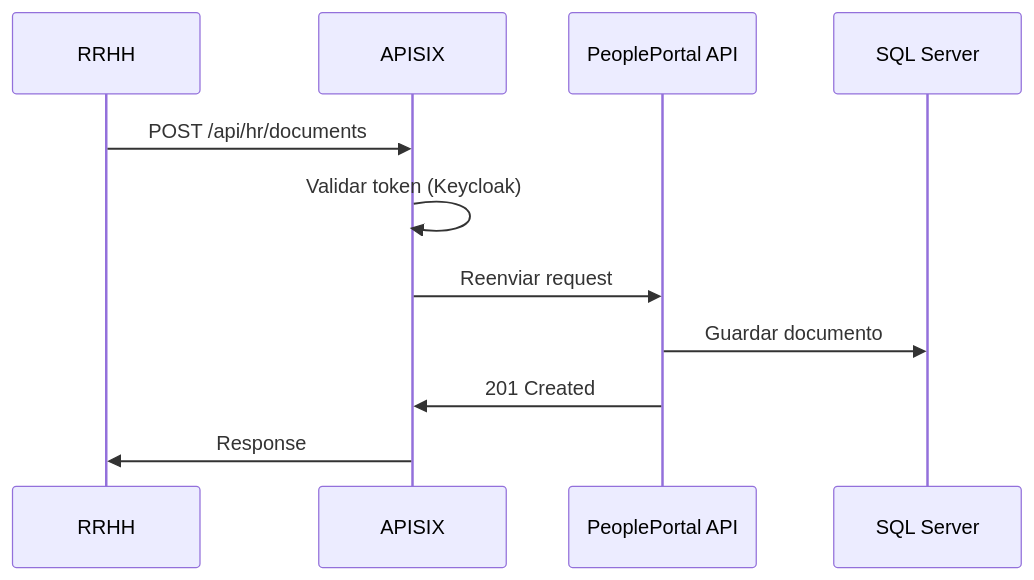
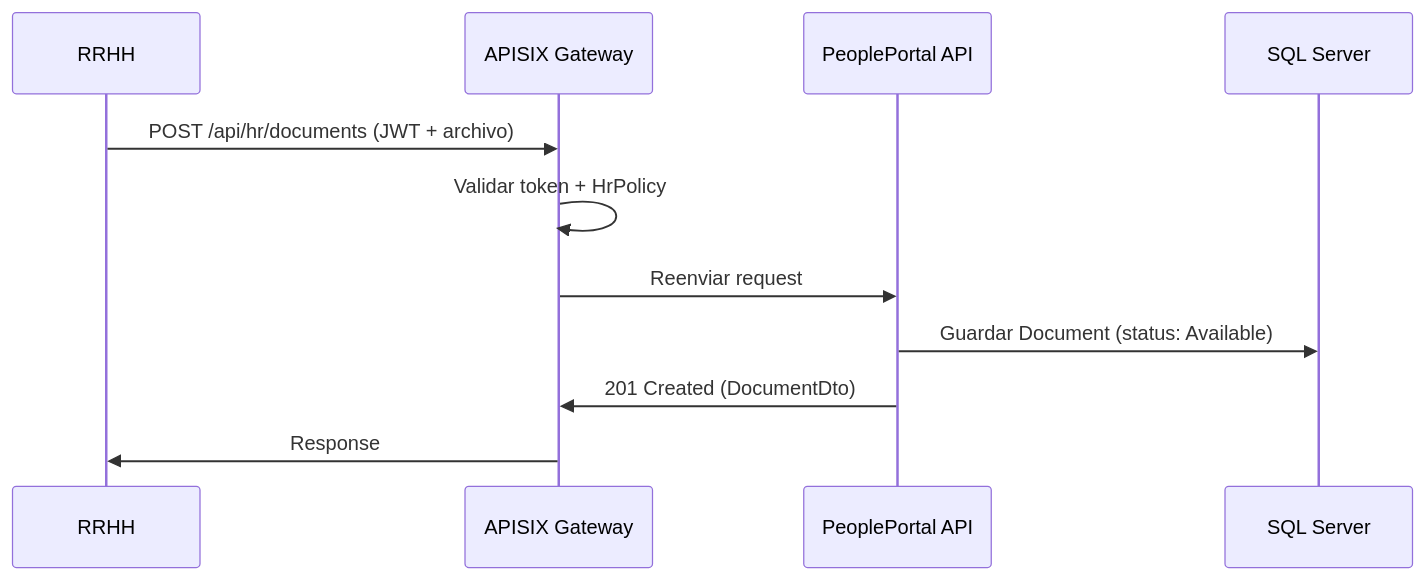
The third of 5 diagrams in docs/flujos.md (bryanjosue17/PeoplePortal-BackEnd), drawn with Mermaid before and after one commit. The commit also changed other lines of this file and 7 other files, not shown here.

````diff
--- a/docs/flujos.md
+++ b/docs/flujos.md
@@ -44,14 +50,14 @@
 ```mermaid
 sequenceDiagram
     participant H as RRHH
-    participant A as APISIX
+    participant A as APISIX Gateway
     participant API as PeoplePortal API
     participant DB as SQL Server
-    
-    H->>A: POST /api/hr/documents
-    A->>A: Validar token (Keycloak)
+
+    H->>A: POST /api/hr/documents (JWT + archivo)
+    A->>A: Validar token + HrPolicy
     A->>API: Reenviar request
-    API->>DB: Guardar documento
-    API->>A: 201 Created
+    API->>DB: Guardar Document (status: Available)
+    API->>A: 201 Created (DocumentDto)
     A->>H: Response
 ```
````
